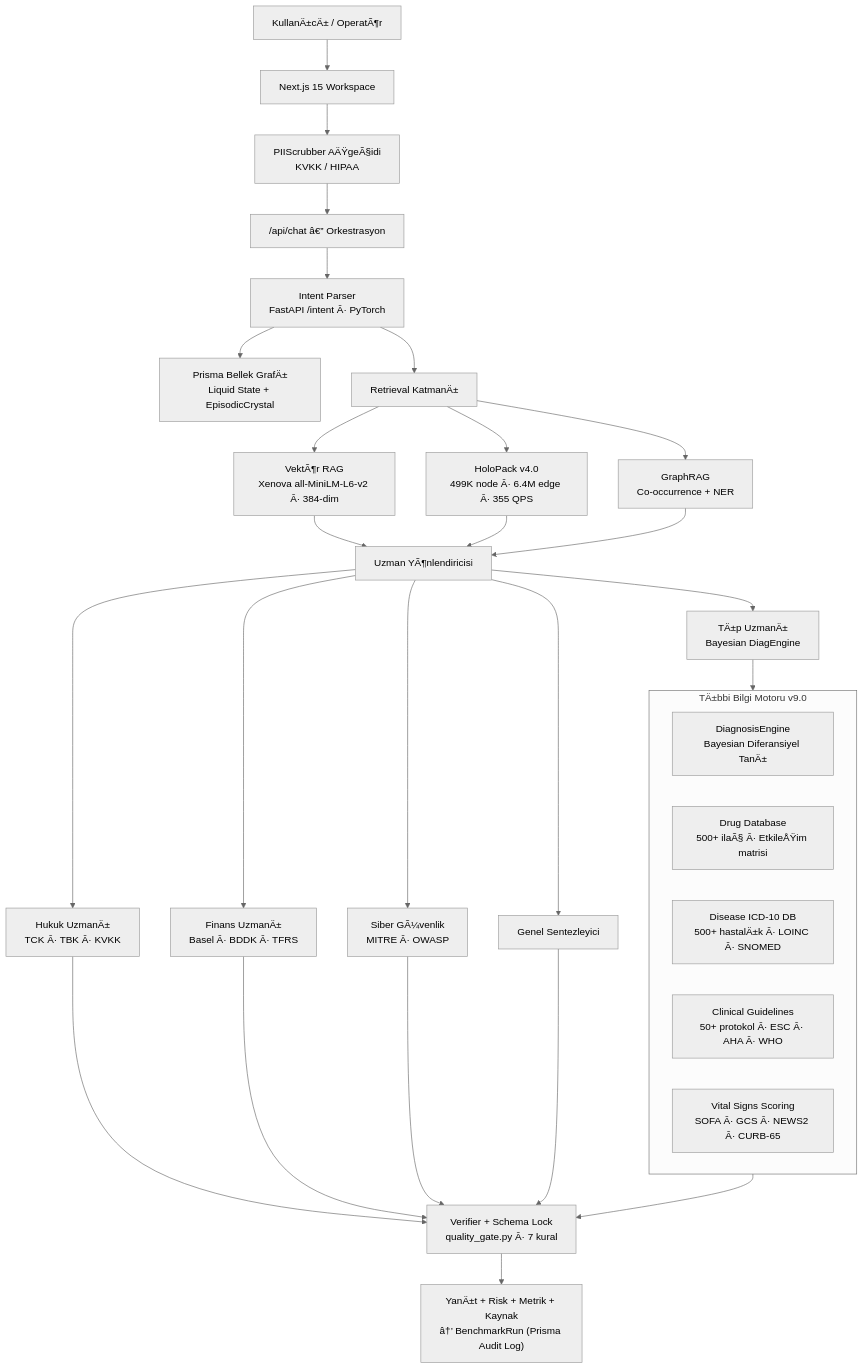
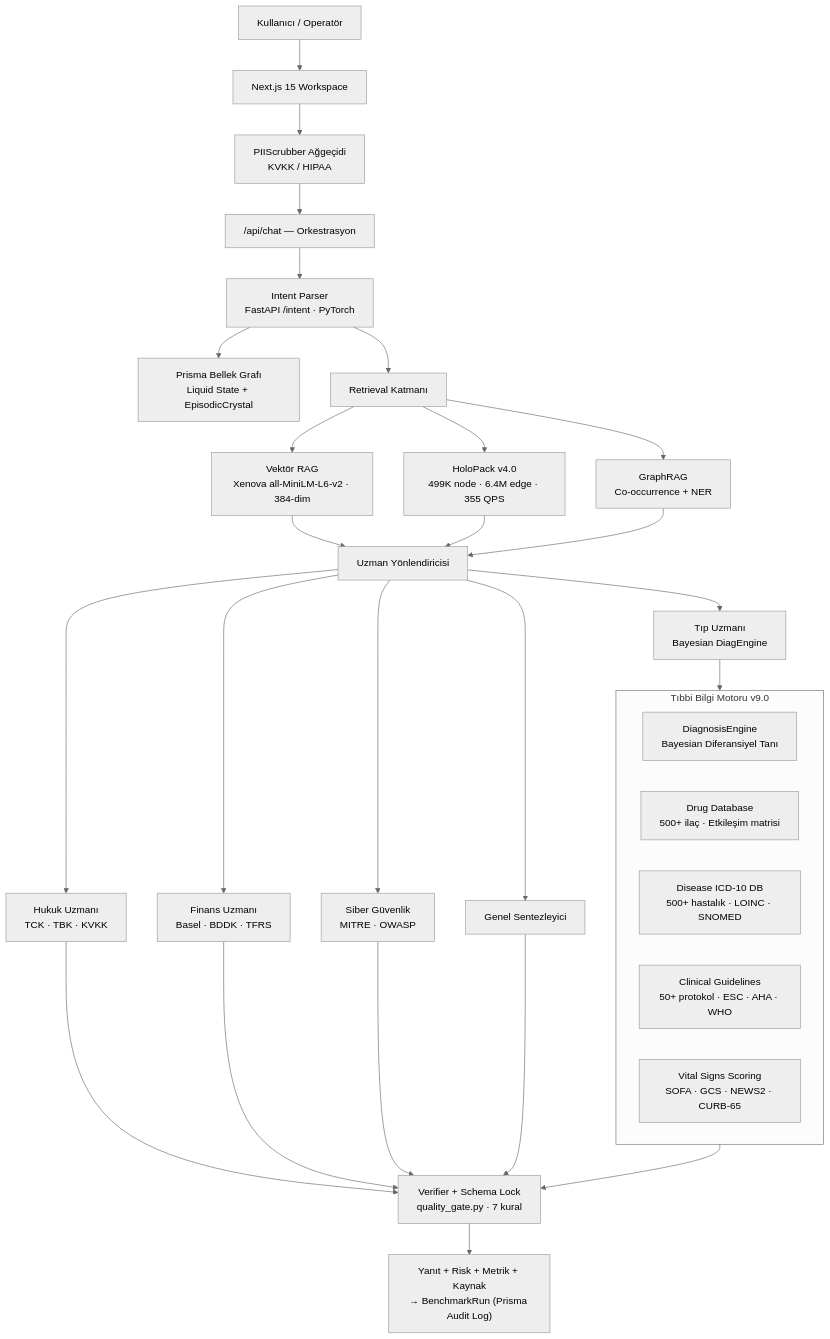
One commit to sakipfikrret/OmniEngine changed the first of 2 diagrams in WHITEPAPER.md. Above: the diagram before and after it, drawn with Mermaid (neutral theme). The commit also changed other lines of this file, not shown here.

````diff
--- a/WHITEPAPER.md
+++ b/WHITEPAPER.md
@@ -56,36 +56,36 @@
 ```mermaid
 flowchart TD
-    U["KullanÄ±cÄ± / OperatÃ¶r"] --> UI["Next.js 15 Workspace"]
-    UI --> PII["PIIScrubber AÄŸgeÃ§idi\nKVKK / HIPAA"]
-    PII --> API["/api/chat â€” Orkestrasyon"]
-    API --> IP["Intent Parser\nFastAPI /intent Â· PyTorch"]
-    IP --> MEM["Prisma Bellek GrafÄ±\nLiquid State + EpisodicCrystal"]
-    IP --> RET["Retrieval KatmanÄ±"]
-    RET --> VEC["VektÃ¶r RAG\nXenova all-MiniLM-L6-v2 Â· 384-dim"]
-    RET --> HDB["HoloPack v4.0\n499K node Â· 6.4M edge Â· 355 QPS"]
+    U["Kullanıcı / Operatör"] --> UI["Next.js 15 Workspace"]
+    UI --> PII["PIIScrubber Ağgeçidi\nKVKK / HIPAA"]
+    PII --> API["/api/chat — Orkestrasyon"]
+    API --> IP["Intent Parser\nFastAPI /intent · PyTorch"]
+    IP --> MEM["Prisma Bellek Grafı\nLiquid State + EpisodicCrystal"]
+    IP --> RET["Retrieval Katmanı"]
+    RET --> VEC["Vektör RAG\nXenova all-MiniLM-L6-v2 · 384-dim"]
+    RET --> HDB["HoloPack v4.0\n499K node · 6.4M edge · 355 QPS"]
     RET --> GR["GraphRAG\nCo-occurrence + NER"]
-    VEC --> ROUTER["Uzman YÃ¶nlendiricisi"]
+    VEC --> ROUTER["Uzman Yönlendiricisi"]
     HDB --> ROUTER
     GR --> ROUTER
-    ROUTER --> LEG["Hukuk UzmanÄ±\nTCK Â· TBK Â· KVKK"]
-    ROUTER --> MED["TÄ±p UzmanÄ±\nBayesian DiagEngine"]
-    ROUTER --> FIN["Finans UzmanÄ±\nBasel Â· BDDK Â· TFRS"]
-    ROUTER --> CYB["Siber GÃ¼venlik\nMITRE Â· OWASP"]
+    ROUTER --> LEG["Hukuk Uzmanı\nTCK · TBK · KVKK"]
+    ROUTER --> MED["Tıp Uzmanı\nBayesian DiagEngine"]
+    ROUTER --> FIN["Finans Uzmanı\nBasel · BDDK · TFRS"]
+    ROUTER --> CYB["Siber Güvenlik\nMITRE · OWASP"]
     ROUTER --> GEN["Genel Sentezleyici"]
 
-    subgraph MEDSYS["TÄ±bbi Bilgi Motoru v9.0"]
-        DE["DiagnosisEngine\nBayesian Diferansiyel TanÄ±"]
-        DDB["Drug Database\n500+ ilaÃ§ Â· EtkileÅŸim matrisi"]
-        DIS["Disease ICD-10 DB\n500+ hastalÄ±k Â· LOINC Â· SNOMED"]
-        GL["Clinical Guidelines\n50+ protokol Â· ESC Â· AHA Â· WHO"]
-        VS["Vital Signs Scoring\nSOFA Â· GCS Â· NEWS2 Â· CURB-65"]
+    subgraph MEDSYS["Tıbbi Bilgi Motoru v9.0"]
+        DE["DiagnosisEngine\nBayesian Diferansiyel Tanı"]
+        DDB["Drug Database\n500+ ilaç · Etkileşim matrisi"]
+        DIS["Disease ICD-10 DB\n500+ hastalık · LOINC · SNOMED"]
+        GL["Clinical Guidelines\n50+ protokol · ESC · AHA · WHO"]
+        VS["Vital Signs Scoring\nSOFA · GCS · NEWS2 · CURB-65"]
     end
 
     MED --> MEDSYS
-    MEDSYS --> VER["Verifier + Schema Lock\nquality_gate.py Â· 7 kural"]
+    MEDSYS --> VER["Verifier + Schema Lock\nquality_gate.py · 7 kural"]
     LEG --> VER
     FIN --> VER
     CYB --> VER
     GEN --> VER
-    VER --> OUT["YanÄ±t + Risk + Metrik + Kaynak\nâ†’ BenchmarkRun (Prisma Audit Log)"]
+    VER --> OUT["Yanıt + Risk + Metrik + Kaynak\n→ BenchmarkRun (Prisma Audit Log)"]
 ```
````
